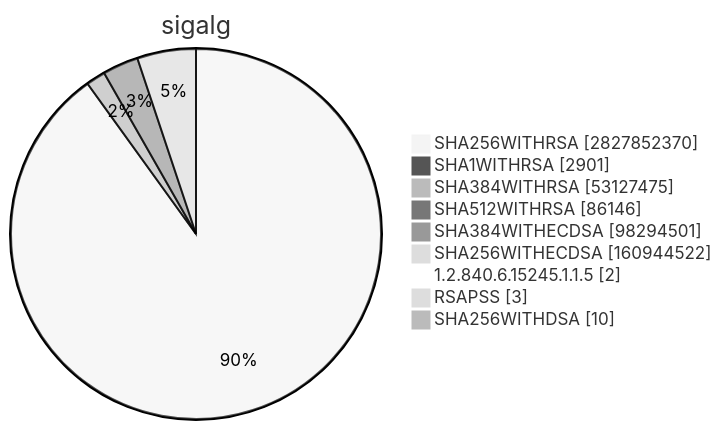
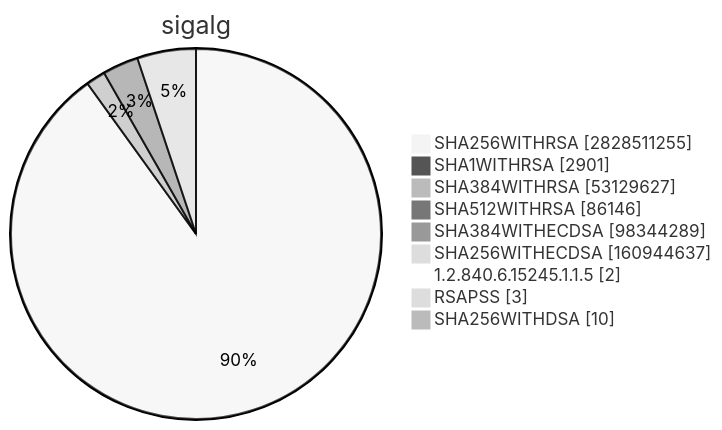
One commit to christiankrug/ctmonitor_visualization changed diagram 15 of 15 in TOTAL/README.md. Above: the diagram before and after it, drawn with Mermaid (neutral theme). The commit also changed other lines of this file, not shown here.

````diff
--- a/TOTAL/README.md
+++ b/TOTAL/README.md
@@ -6207,13 +6207,13 @@
 ```mermaid
 pie showData
 title sigalg
-"SHA256WITHRSA" :2827852370
+"SHA256WITHRSA" :2828511255
 "SHA1WITHRSA" :2901
-"SHA384WITHRSA" :53127475
+"SHA384WITHRSA" :53129627
 "SHA512WITHRSA" :86146
-"SHA384WITHECDSA" :98294501
-"SHA256WITHECDSA" :160944522
+"SHA384WITHECDSA" :98344289
+"SHA256WITHECDSA" :160944637
 "1.2.840.6.15245.1.1.5" :2
 "RSAPSS" :3
 "SHA256WITHDSA" :10
 ```
````
